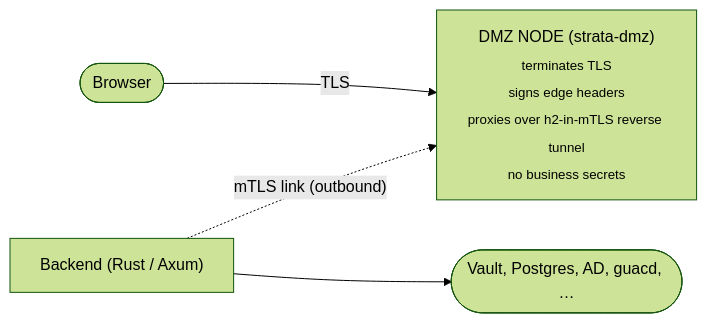
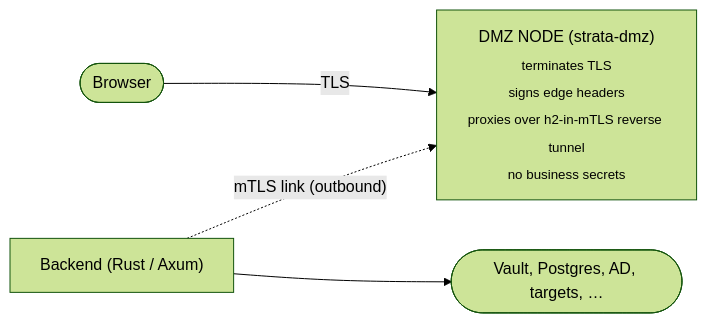
The second of 2 diagrams in docs/threat-model.md (Bails309/strata-client), drawn with Mermaid (forest theme) before and after one commit. The commit also changed other lines of this file and 167 other files, not shown here.

````diff
--- a/docs/threat-model.md
+++ b/docs/threat-model.md
@@ -288,9 +317,9 @@
 ```mermaid
 flowchart LR
     Browser([Browser])
     Browser -->|TLS| DMZ
     DMZ["DMZ NODE (strata-dmz)<br/><sub>terminates TLS<br/>signs edge headers<br/>proxies over h2-in-mTLS reverse tunnel<br/>no business secrets</sub>"]
     Backend["Backend (Rust / Axum)"]
     Backend -.->|"mTLS link (outbound)"| DMZ
-    Backend --> Internal([Vault, Postgres, AD, guacd, …])
+    Backend --> Internal([Vault, Postgres, AD, targets, …])
 ```
````
